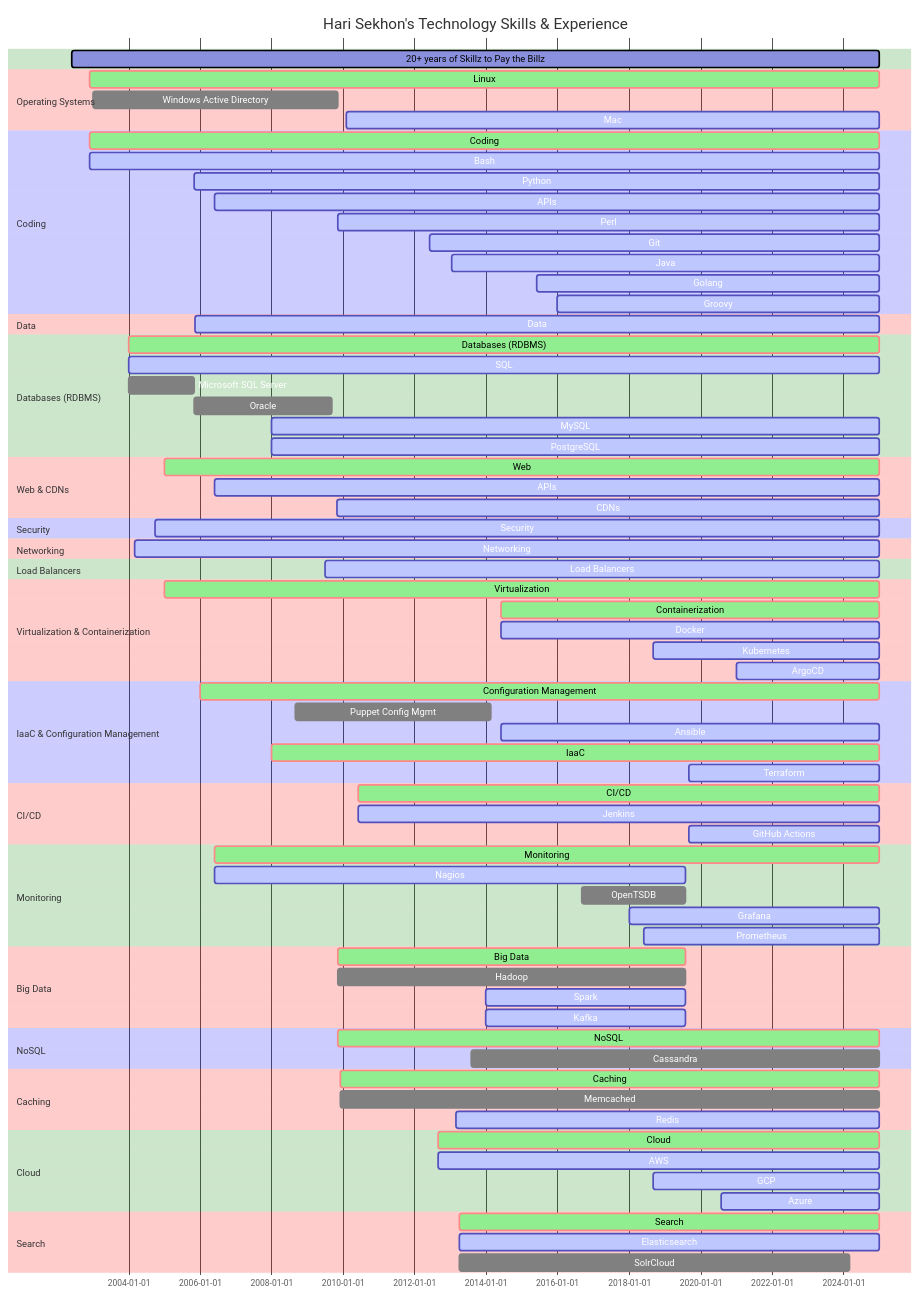
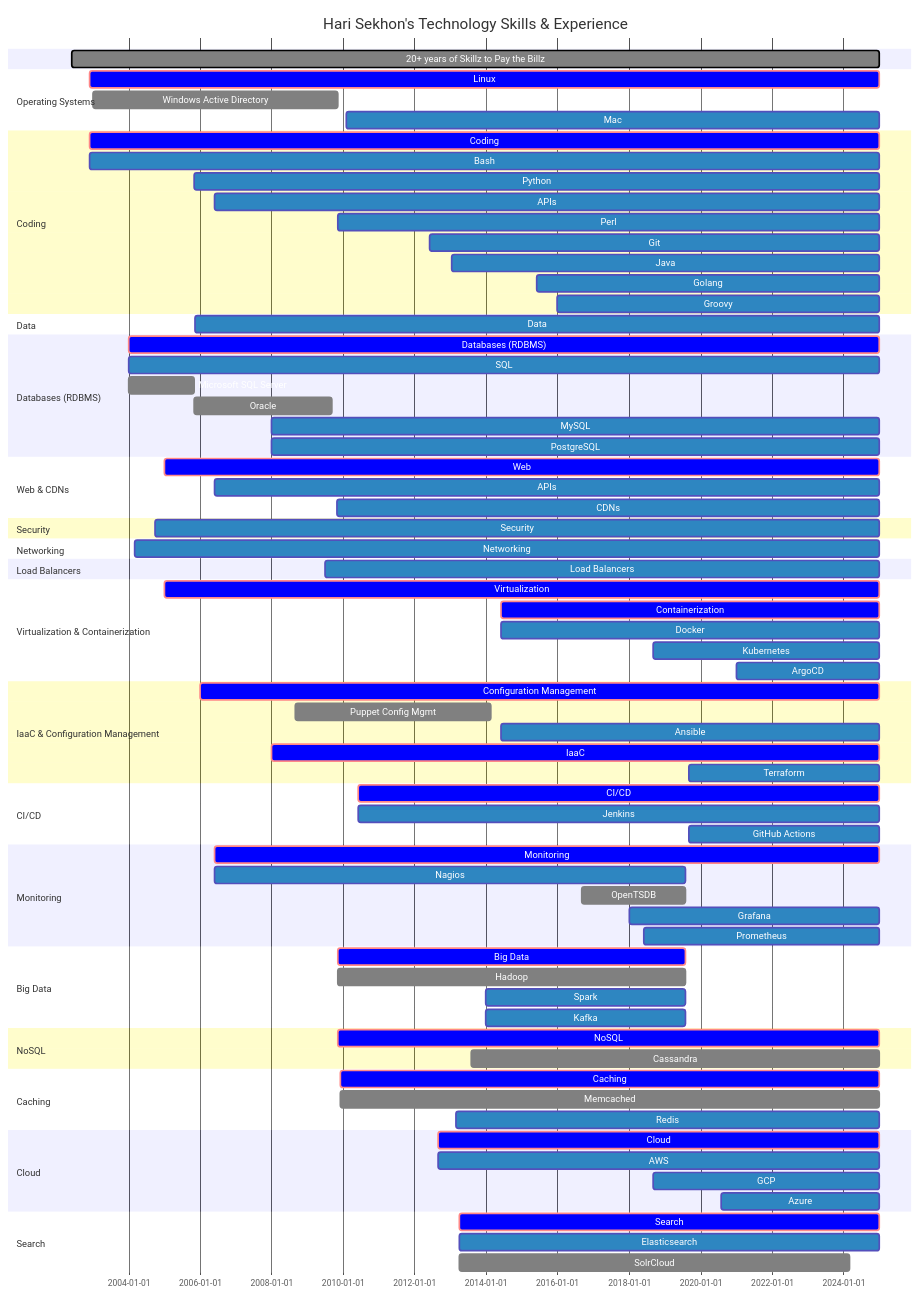
Before and after one commit to HariSekhon/HariSekhon: the diagram in README.md, drawn with Mermaid.

```diff
--- a/README.md
+++ b/README.md
@@ -281,14 +281,15 @@
         "logLevel": "debug",
         'theme': 'default',
         'themeVariables': {
-          'sectionBkgColor': 'green',
-          'altSectionBkgColor': 'red',
-          'sectionBkgColor2': 'blue',
+          'activeTaskBkgColor': '#2e86c1',
           'taskBorderColor': 'black',
           'taskTextColor': 'black',
+          'taskBkgColor': 'grey',
           'doneTaskBkgColor': 'grey',
           'taskTextDarkColor': 'white',
-          'critBkgColor': 'lightgreen'
+          'taskTextLightColor': 'black',
+          'taskTextColor': 'white',
+          'critBkgColor': 'blue'
         }
     }
 }%%
```
